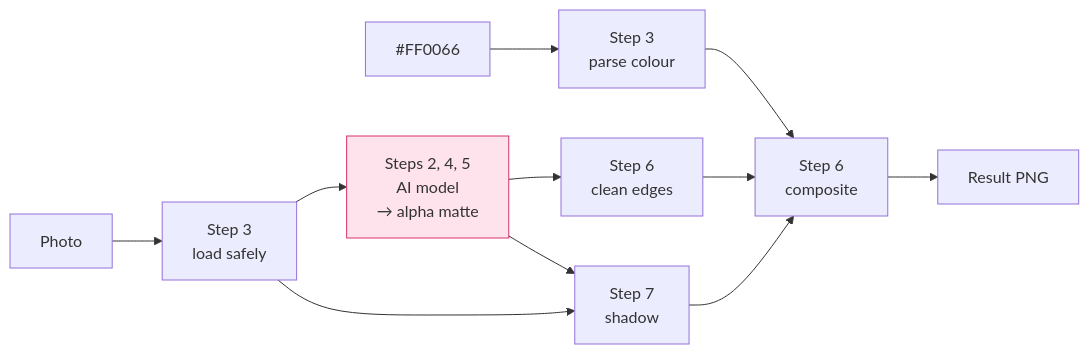
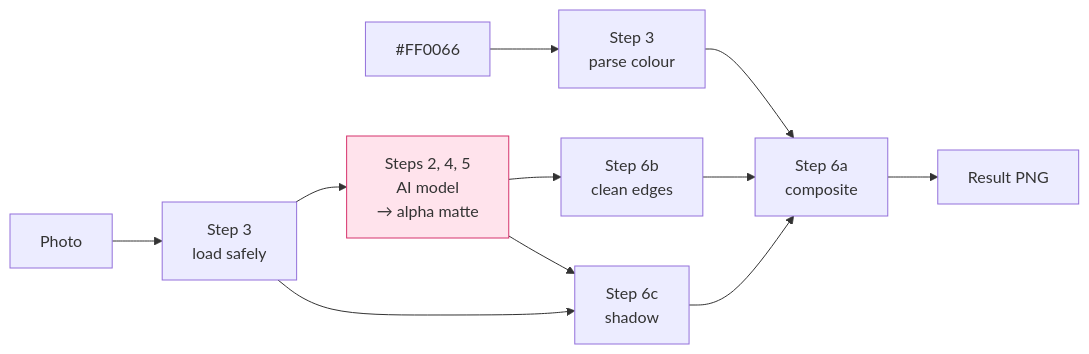
The diagram in docs/README.md (Maher-bouchrara/bg-changer-MODELIA), drawn with Mermaid before and after one commit. The commit also changed other lines of this file and 3 other files, not shown here.

````diff
--- a/docs/README.md
+++ b/docs/README.md
@@ -21,14 +21,14 @@
 ```mermaid
 flowchart LR
     IMG["Photo"] --> IN["Step 3<br/>load safely"]
     HEX["#FF0066"] --> HP["Step 3<br/>parse colour"]
     IN --> SEG["Steps 2, 4, 5<br/>AI model<br/>→ alpha matte"]
-    SEG --> FG["Step 6<br/>clean edges"]
-    IN --> SH["Step 7<br/>shadow"]
+    SEG --> FG["Step 6b<br/>clean edges"]
+    IN --> SH["Step 6c<br/>shadow"]
     SEG --> SH
-    FG --> CMP["Step 6<br/>composite"]
+    FG --> CMP["Step 6a<br/>composite"]
     HP --> CMP
     SH --> CMP
     CMP --> OUT["Result PNG"]
     style SEG fill:#ffe3ec,stroke:#d6336c
 ```
````
